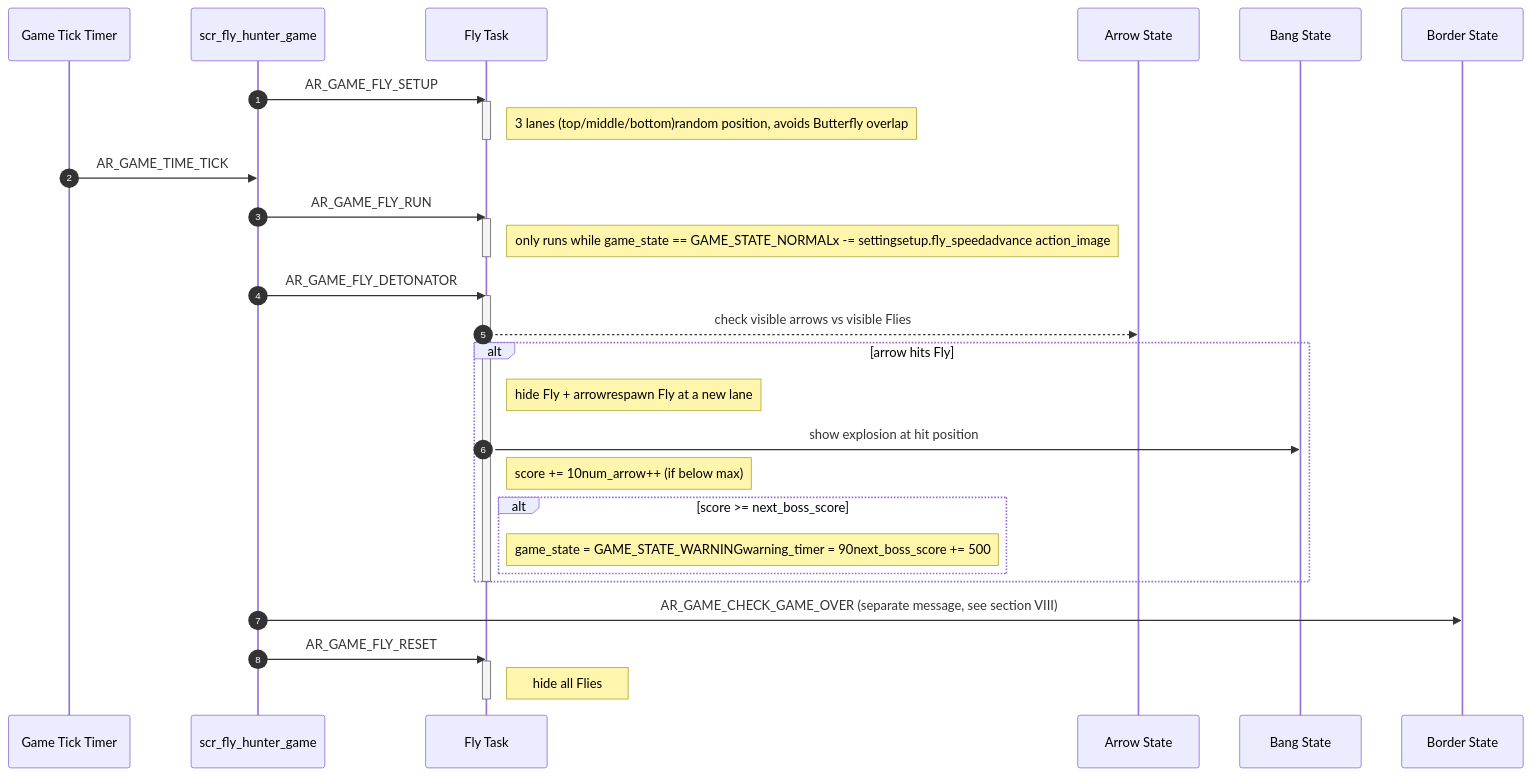
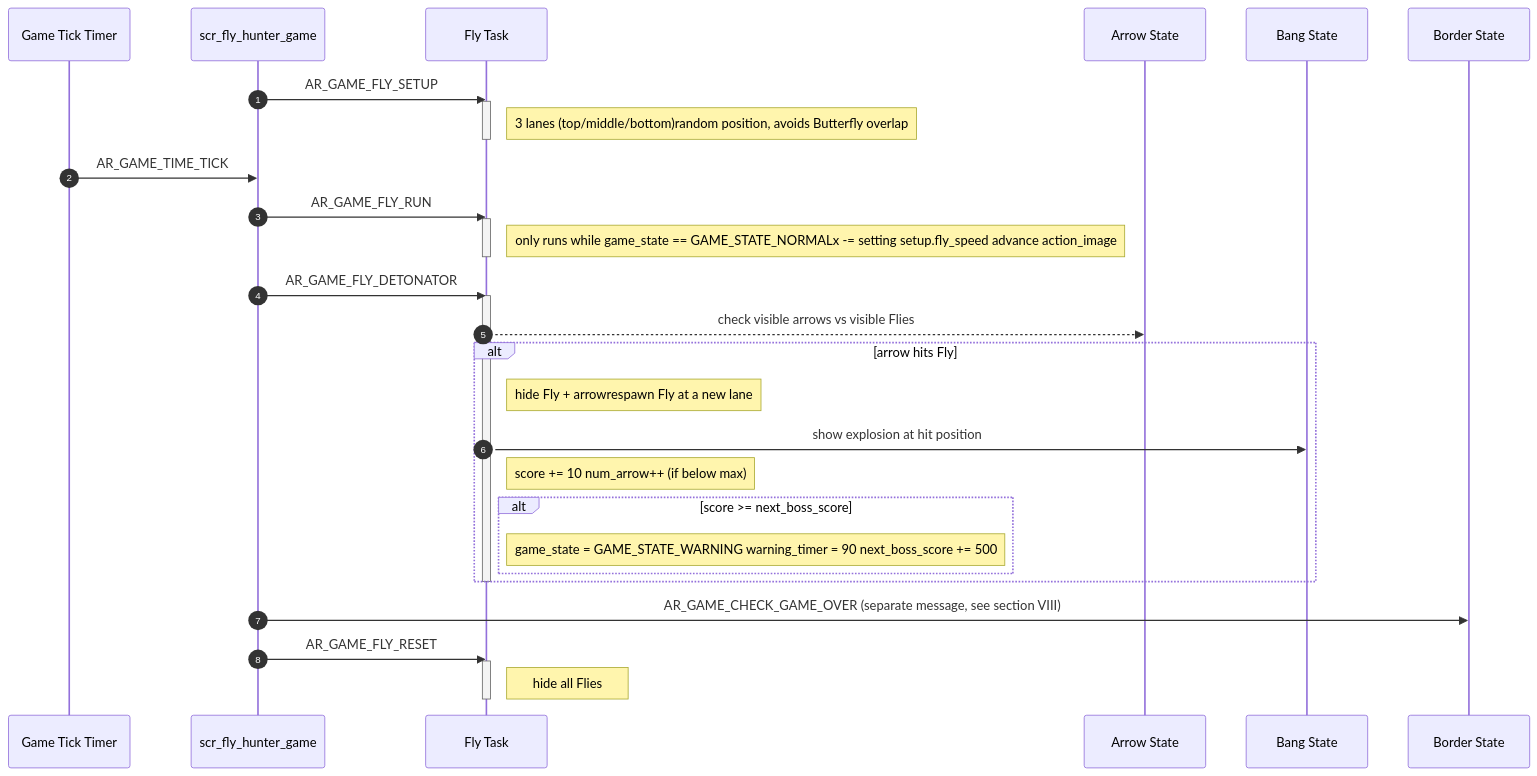
Before and after one commit to PhanVanTranh/Fly_Hunter_Game: the third of 8 diagrams in docs/03-design-sequence-object.md, drawn with Mermaid. The commit also changed other lines of this file, not shown here.

Commit message:
Fix formatting and spacing in design sequence document

````diff
--- a/docs/03-design-sequence-object.md
+++ b/docs/03-design-sequence-object.md
@@ -110,41 +110,41 @@
 ```mermaid
 sequenceDiagram
     autonumber
     participant Timer as Game Tick Timer
     participant Screen as scr_fly_hunter_game
     participant Fly as Fly Task
     participant Arrow as Arrow State
     participant Bang as Bang State
     participant Border as Border State
 
     Screen->>Fly: AR_GAME_FLY_SETUP
     activate Fly
     Note right of Fly: 3 lanes (top/middle/bottom)random position, avoids Butterfly overlap
     deactivate Fly
 
     Timer->>Screen: AR_GAME_TIME_TICK
     Screen->>Fly: AR_GAME_FLY_RUN
     activate Fly
-    Note right of Fly: only runs while game_state == GAME_STATE_NORMALx -= settingsetup.fly_speedadvance action_image
+    Note right of Fly: only runs while game_state == GAME_STATE_NORMALx -= setting setup.fly_speed advance action_image
     deactivate Fly
 
     Screen->>Fly: AR_GAME_FLY_DETONATOR
     activate Fly
     Fly-->>Arrow: check visible arrows vs visible Flies
     alt arrow hits Fly
         Note right of Fly: hide Fly + arrowrespawn Fly at a new lane
         Fly->>Bang: show explosion at hit position
-        Note right of Fly: score += 10num_arrow++ (if below max)
+        Note right of Fly: score += 10 num_arrow++ (if below max)
         alt score >= next_boss_score
-            Note right of Fly: game_state = GAME_STATE_WARNINGwarning_timer = 90next_boss_score += 500
+            Note right of Fly: game_state = GAME_STATE_WARNING warning_timer = 90 next_boss_score += 500
         end
     end
     deactivate Fly
 
     Screen->>Border: AR_GAME_CHECK_GAME_OVER (separate message, see section VIII)
 
     Screen->>Fly: AR_GAME_FLY_RESET
     activate Fly
     Note right of Fly: hide all Flies
     deactivate Fly
 ```
````
